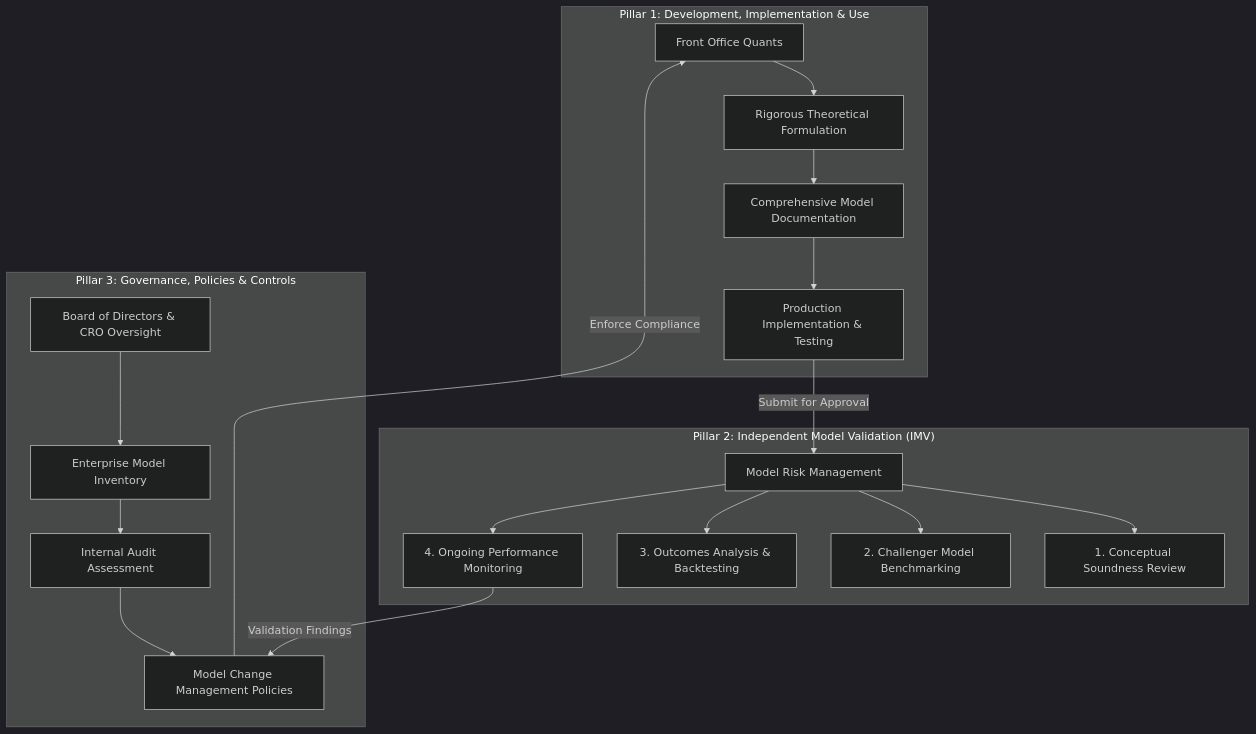
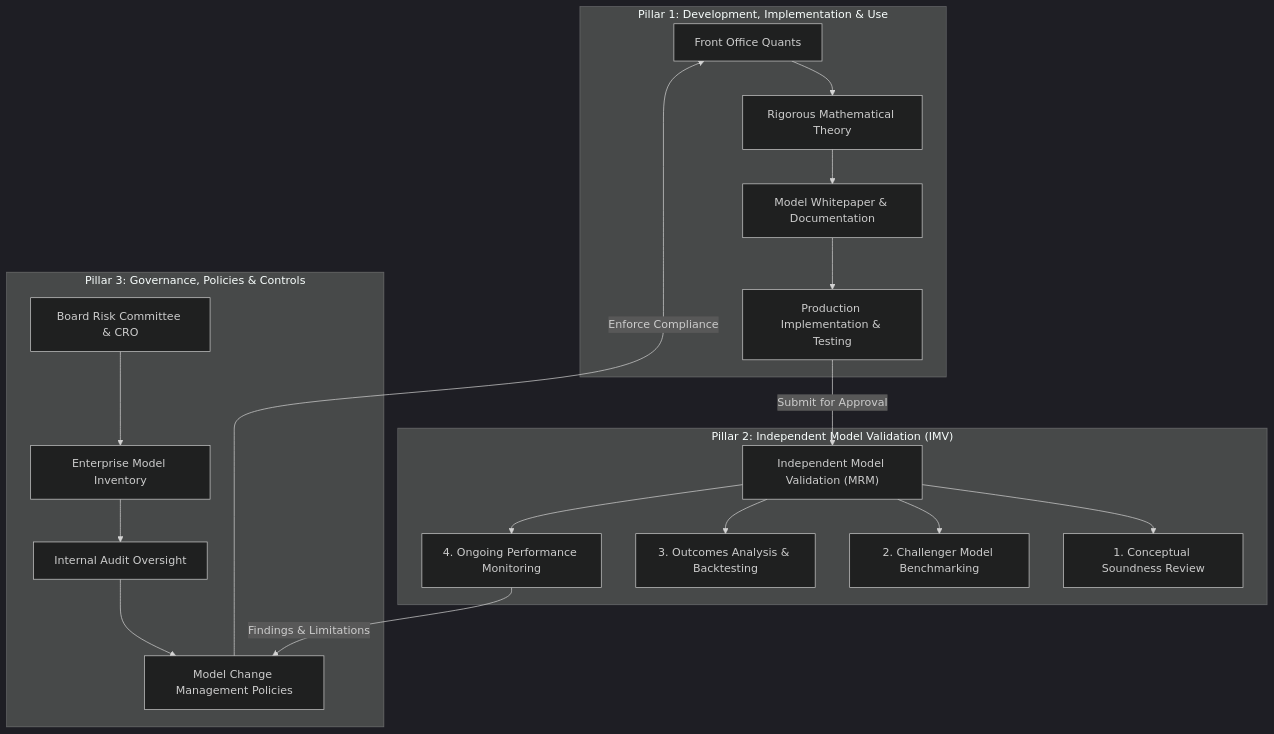
One commit to shreejitverma/The-Quant-Prep changed the first of 2 diagrams in 18-Pricing-and-Risk-Systems/15-Model-Governance.md. Above: the diagram before and after it, drawn with Mermaid (dark theme). The commit also changed other lines of this file and 25 other files, not shown here.

````diff
--- a/18-Pricing-and-Risk-Systems/15-Model-Governance.md
+++ b/18-Pricing-and-Risk-Systems/15-Model-Governance.md
@@ -44,25 +45,25 @@
 ```mermaid
 flowchart TB
     subgraph Pillar1["Pillar 1: Development, Implementation & Use"]
-        Dev[Front Office Quants] --> Theory[Rigorous Theoretical Formulation]
-        Theory --> Doc[Comprehensive Model Documentation]
-        Doc --> CodeImp[Production Implementation & Testing]
+        Dev["Front Office Quants"] --> Theory["Rigorous Mathematical Theory"]
+        Theory --> Doc["Model Whitepaper & Documentation"]
+        Doc --> CodeImp["Production Implementation & Testing"]
     end
 
     subgraph Pillar2["Pillar 2: Independent Model Validation (IMV)"]
-        IMV[Model Risk Management] --> Soundness[1. Conceptual Soundness Review]
-        IMV --> Challenger[2. Challenger Model Benchmarking]
-        IMV --> Outcomes[3. Outcomes Analysis & Backtesting]
-        IMV --> Ongoing[4. Ongoing Performance Monitoring]
+        IMV["Independent Model Validation (MRM)"] --> Soundness["1. Conceptual Soundness Review"]
+        IMV --> Challenger["2. Challenger Model Benchmarking"]
+        IMV --> Outcomes["3. Outcomes Analysis & Backtesting"]
+        IMV --> Monitoring["4. Ongoing Performance Monitoring"]
     end
 
     subgraph Pillar3["Pillar 3: Governance, Policies & Controls"]
-        Board[Board of Directors & CRO Oversight] --> Inventory[Enterprise Model Inventory]
-        Inventory --> Audit[Internal Audit Assessment]
-        Audit --> Policies[Model Change Management Policies]
+        Board["Board Risk Committee & CRO"] --> Inventory["Enterprise Model Inventory"]
+        Inventory --> Audit["Internal Audit Oversight"]
+        Audit --> Policies["Model Change Management Policies"]
     end
 
     CodeImp -->|Submit for Approval| IMV
-    Ongoing -->|Validation Findings| Policies
+    Monitoring -->|Findings & Limitations| Policies
     Policies -->|Enforce Compliance| Dev
 ```
````
